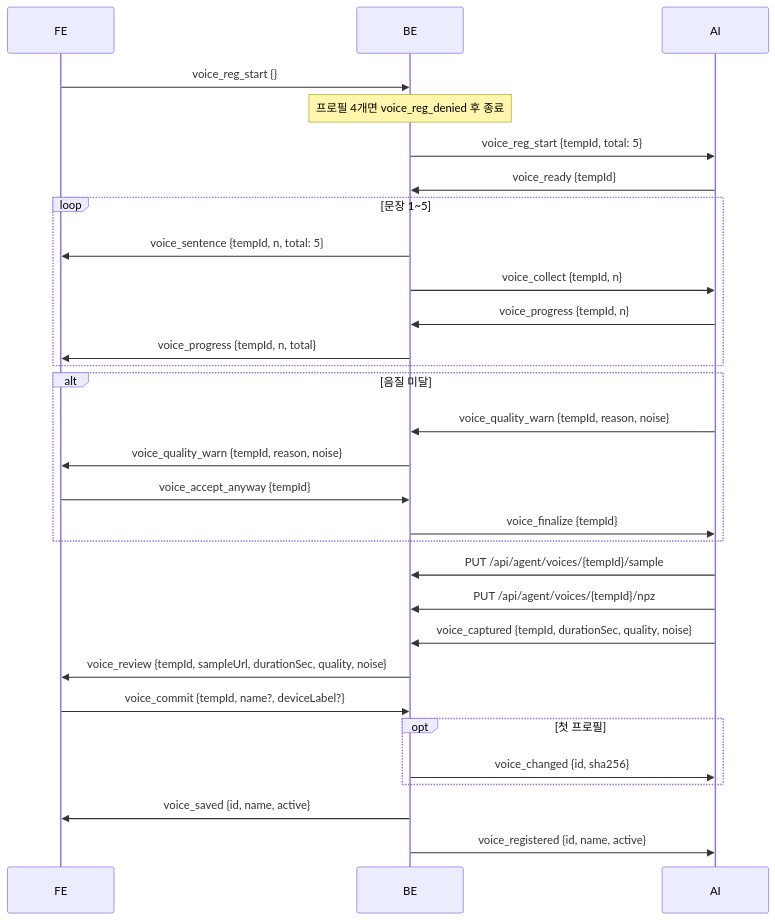
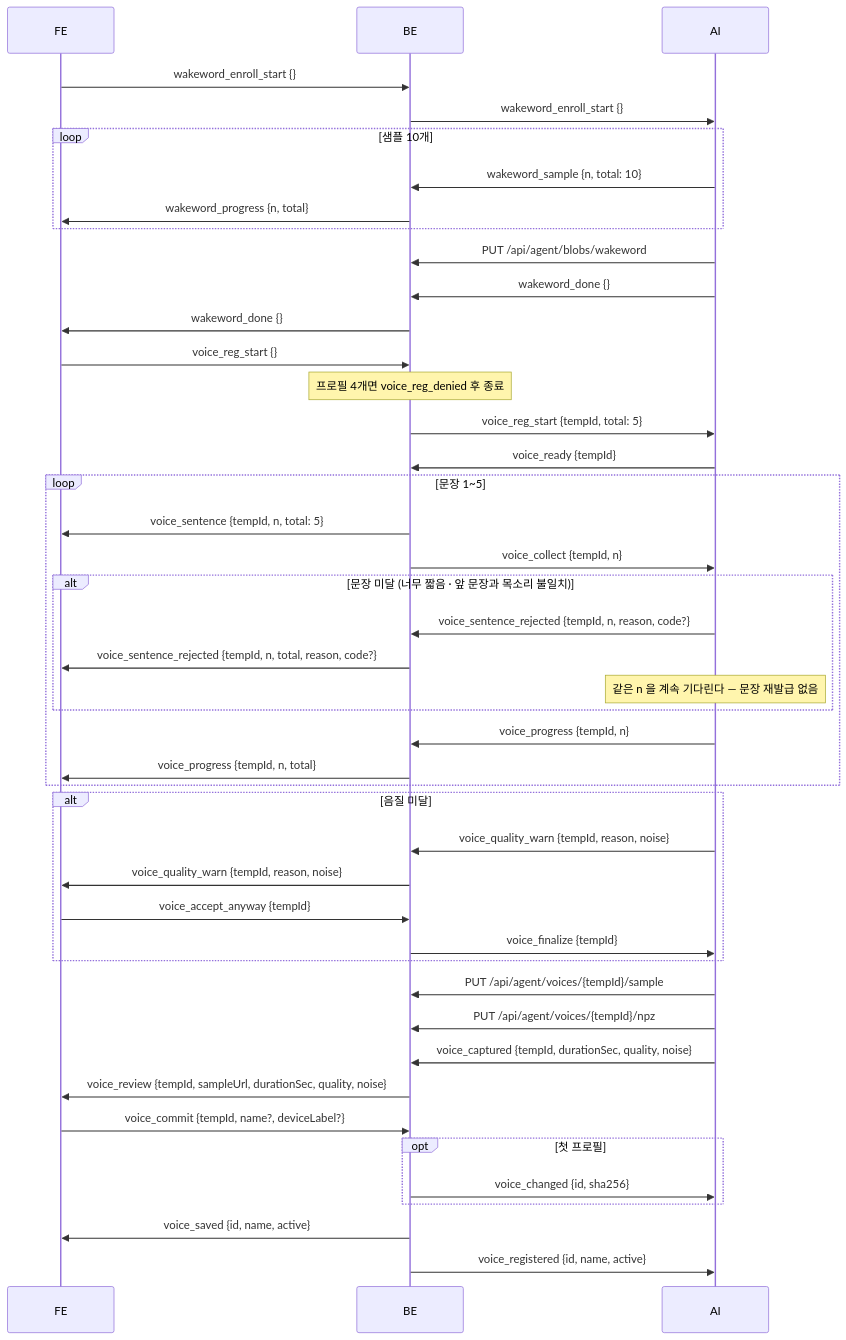
One commit to 42JH/SIA changed the eighth of 11 diagrams in Backend/docs/프로토콜.md. Above: the diagram before and after it, drawn with Mermaid. The commit also changed other lines of this file and 2 other files, not shown here.

First line of the commit message:
S15P21D106-227 docs(BE): 프로토콜·API 명세서·README 에서 command_* 를 지우고 voice_sentence_rejected 를 반영한다

````diff
--- a/Backend/docs/프로토콜.md
+++ b/Backend/docs/프로토콜.md
@@ -1016,32 +963,46 @@
 ```mermaid
 sequenceDiagram
     participant FE
     participant BE
     participant AI
+    FE->>BE: wakeword_enroll_start {}
+    BE->>AI: wakeword_enroll_start {}
+    loop 샘플 10개
+        AI->>BE: wakeword_sample {n, total: 10}
+        BE->>FE: wakeword_progress {n, total}
+    end
+    AI->>BE: PUT /api/agent/blobs/wakeword
+    AI->>BE: wakeword_done {}
+    BE->>FE: wakeword_done {}
     FE->>BE: voice_reg_start {}
     Note over BE: 프로필 4개면 voice_reg_denied 후 종료
     BE->>AI: voice_reg_start {tempId, total: 5}
     AI->>BE: voice_ready {tempId}
     loop 문장 1~5
         BE->>FE: voice_sentence {tempId, n, total: 5}
         BE->>AI: voice_collect {tempId, n}
+        alt 문장 미달 (너무 짧음 · 앞 문장과 목소리 불일치)
+            AI->>BE: voice_sentence_rejected {tempId, n, reason, code?}
+            BE->>FE: voice_sentence_rejected {tempId, n, total, reason, code?}
+            Note over AI: 같은 n 을 계속 기다린다 — 문장 재발급 없음
+        end
         AI->>BE: voice_progress {tempId, n}
         BE->>FE: voice_progress {tempId, n, total}
     end
     alt 음질 미달
         AI->>BE: voice_quality_warn {tempId, reason, noise}
         BE->>FE: voice_quality_warn {tempId, reason, noise}
         FE->>BE: voice_accept_anyway {tempId}
         BE->>AI: voice_finalize {tempId}
     end
     AI->>BE: PUT /api/agent/voices/{tempId}/sample
     AI->>BE: PUT /api/agent/voices/{tempId}/npz
     AI->>BE: voice_captured {tempId, durationSec, quality, noise}
     BE->>FE: voice_review {tempId, sampleUrl, durationSec, quality, noise}
     FE->>BE: voice_commit {tempId, name?, deviceLabel?}
     opt 첫 프로필
         BE->>AI: voice_changed {id, sha256}
     end
     BE->>FE: voice_saved {id, name, active}
     BE->>AI: voice_registered {id, name, active}
 ```
````
